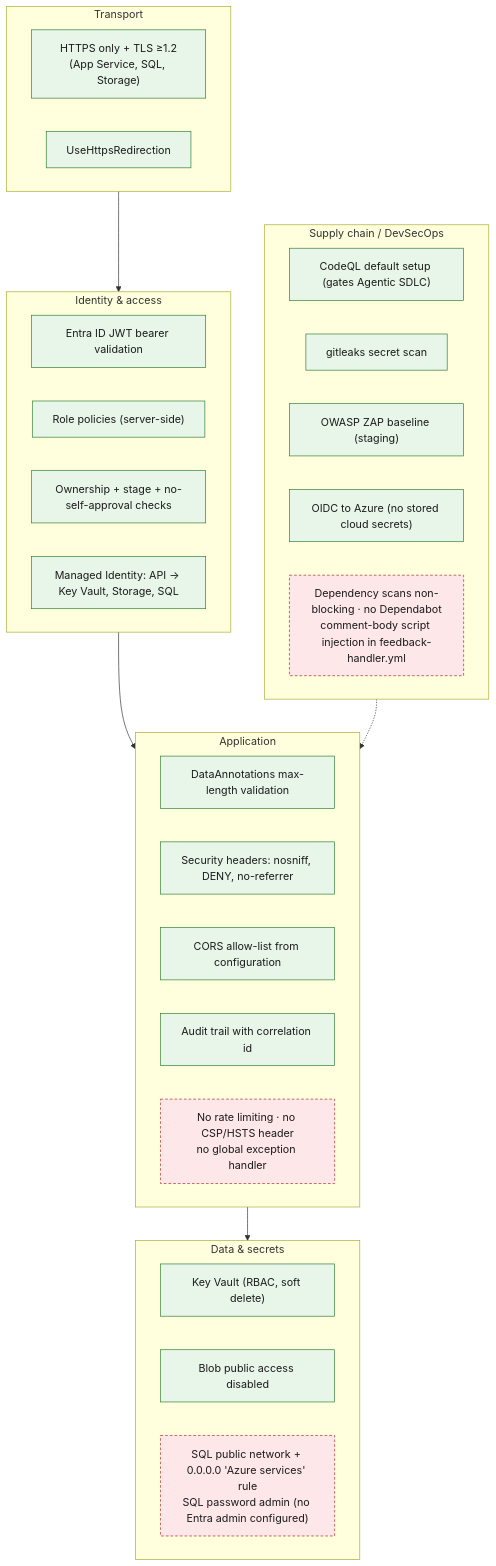
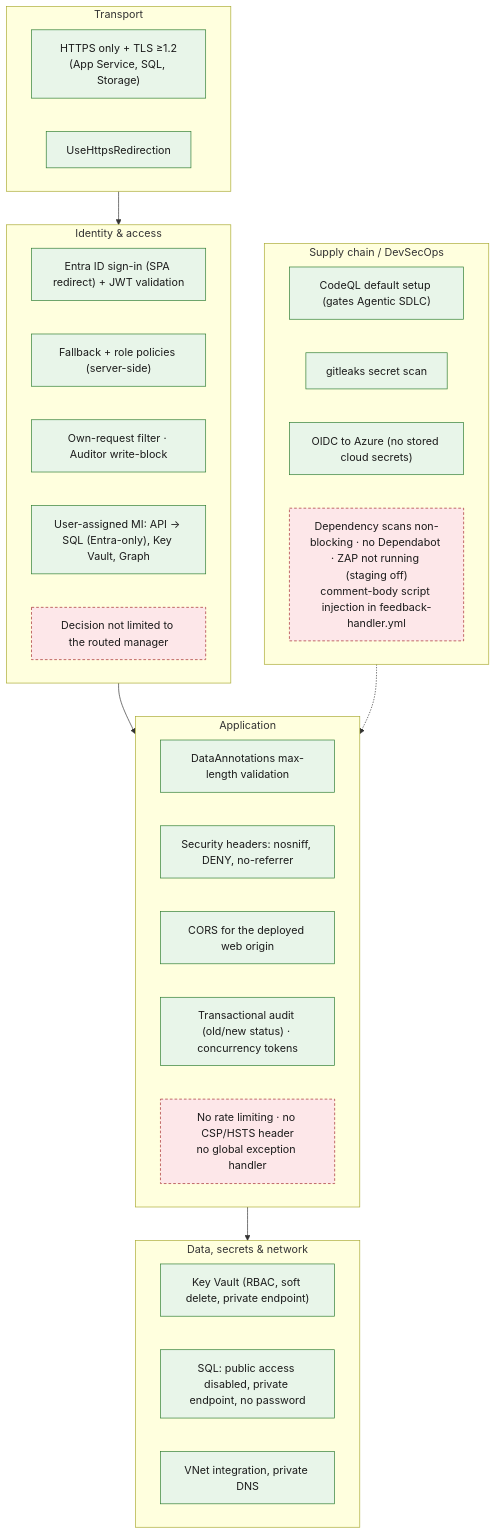
The diagram in docs/complete-solution-documentation/diagrams/mermaid/16-security-architecture.mmd (Deepankar-AICloud/AISDLC-V1), drawn with Mermaid before and after one commit. The commit also changed 125 other files, not shown here.

```diff
--- a/docs/complete-solution-documentation/diagrams/mermaid/16-security-architecture.mmd
+++ b/docs/complete-solution-documentation/diagrams/mermaid/16-security-architecture.mmd
@@ -1,36 +1,36 @@
 flowchart TB
   classDef ctl fill:#E8F5E9,stroke:#2E7D32,color:#1B1B1B
   classDef gap fill:#FDE7E9,stroke:#A4262C,stroke-dasharray:4 3,color:#1B1B1B
   classDef z fill:#FFFFFF,stroke:#605E5C,color:#1B1B1B
 
   subgraph Edge["Transport"]
     T1["HTTPS only + TLS ≥1.2<br/>(App Service, SQL, Storage)"]:::ctl
     T2["UseHttpsRedirection"]:::ctl
   end
   subgraph Identity["Identity & access"]
-    I1["Entra ID JWT bearer validation"]:::ctl
-    I2["Role policies (server-side)"]:::ctl
-    I3["Ownership + stage + no-self-approval checks"]:::ctl
-    I4["Managed Identity: API → Key Vault, Storage, SQL"]:::ctl
+    I1["Entra ID sign-in (SPA redirect) + JWT validation"]:::ctl
+    I2["Fallback + role policies (server-side)"]:::ctl
+    I3["Own-request filter · Auditor write-block"]:::ctl
+    I4["User-assigned MI: API → SQL (Entra-only), Key Vault, Graph"]:::ctl
+    G0["Decision not limited to the routed manager"]:::gap
   end
   subgraph AppSec["Application"]
     A1["DataAnnotations max-length validation"]:::ctl
     A2["Security headers: nosniff, DENY, no-referrer"]:::ctl
-    A3["CORS allow-list from configuration"]:::ctl
-    A4["Audit trail with correlation id"]:::ctl
+    A3["CORS for the deployed web origin"]:::ctl
+    A4["Transactional audit (old/new status) · concurrency tokens"]:::ctl
     G1["No rate limiting · no CSP/HSTS header<br/>no global exception handler"]:::gap
   end
-  subgraph Data["Data & secrets"]
-    D1["Key Vault (RBAC, soft delete)"]:::ctl
-    D2["Blob public access disabled"]:::ctl
-    G2["SQL public network + 0.0.0.0 'Azure services' rule<br/>SQL password admin (no Entra admin configured)"]:::gap
+  subgraph Data["Data, secrets & network"]
+    D1["Key Vault (RBAC, soft delete, private endpoint)"]:::ctl
+    D2["SQL: public access disabled, private endpoint, no password"]:::ctl
+    D3["VNet integration, private DNS"]:::ctl
   end
   subgraph Supply["Supply chain / DevSecOps"]
     S1["CodeQL default setup (gates Agentic SDLC)"]:::ctl
     S2["gitleaks secret scan"]:::ctl
-    S3["OWASP ZAP baseline (staging)"]:::ctl
     S4["OIDC to Azure (no stored cloud secrets)"]:::ctl
-    G3["Dependency scans non-blocking · no Dependabot<br/>comment-body script injection in feedback-handler.yml"]:::gap
+    G3["Dependency scans non-blocking · no Dependabot · ZAP not running (staging off)<br/>comment-body script injection in feedback-handler.yml"]:::gap
   end
   Edge --> Identity --> AppSec --> Data
   Supply -.-> AppSec
```
